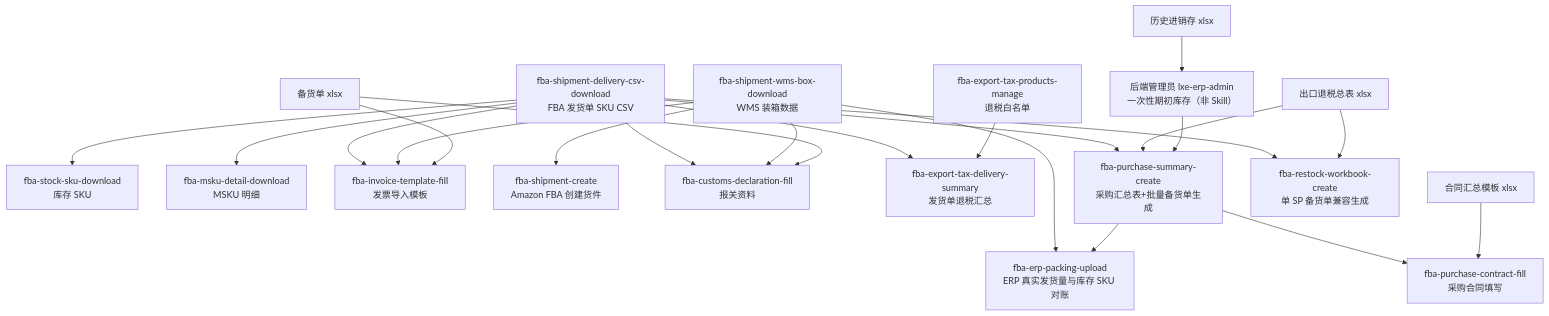
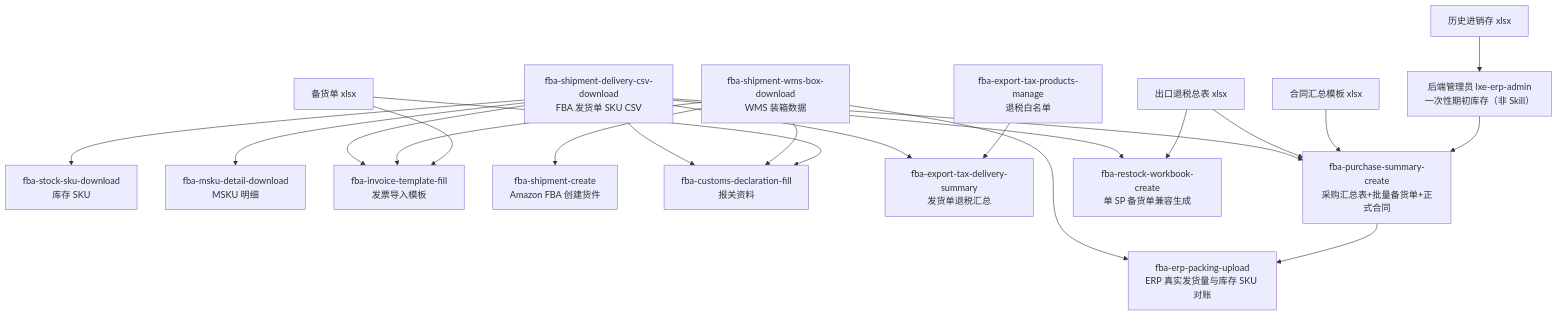
The diagram in skills/fba-workflow-map/SKILL.md (LXE123/LXE_AGENT), drawn with Mermaid before and after one commit. The commit also changed other lines of this file and 8 other files, not shown here.

Commit message:
refactor: remove standalone purchase contract skill

````diff
--- a/skills/fba-workflow-map/SKILL.md
+++ b/skills/fba-workflow-map/SKILL.md
@@ -26,26 +26,25 @@
 ```mermaid
 flowchart TD
   A["fba-shipment-delivery-csv-download<br/>FBA 发货单 SKU CSV"] --> B["fba-stock-sku-download<br/>库存 SKU"]
   A --> C["fba-msku-detail-download<br/>MSKU 明细"]
   A --> D["fba-invoice-template-fill<br/>发票导入模板"]
 
   E["fba-shipment-wms-box-download<br/>WMS 装箱数据"] --> F["fba-shipment-create<br/>Amazon FBA 创建货件"]
   E --> R["fba-erp-packing-upload<br/>ERP 真实发货量与库存 SKU 对账"]
   E --> D
   L["备货单 xlsx"] --> D
   A --> H["fba-customs-declaration-fill<br/>报关资料"]
   E --> H["fba-customs-declaration-fill<br/>报关资料"]
   L["备货单 xlsx"] --> H
 
   A --> I["fba-export-tax-delivery-summary<br/>发货单退税汇总"]
   J["fba-export-tax-products-manage<br/>退税白名单"] --> I
-  A --> M["fba-purchase-summary-create<br/>采购汇总表+批量备货单生成"]
+  A --> M["fba-purchase-summary-create<br/>采购汇总表+批量备货单+正式合同"]
   N["出口退税总表 xlsx"] --> M
+  Q["合同汇总模板 xlsx"] --> M
   X["历史进销存 xlsx"] --> Y["后端管理员 lxe-erp-admin<br/>一次性期初库存（非 Skill）"]
   Y --> M
   M --> R
-  M --> P["fba-purchase-contract-fill<br/>采购合同填写"]
-  Q["合同汇总模板 xlsx"] --> P
   A --> O["fba-restock-workbook-create<br/>单 SP 备货单兼容生成"]
   N --> O
 ```
````
